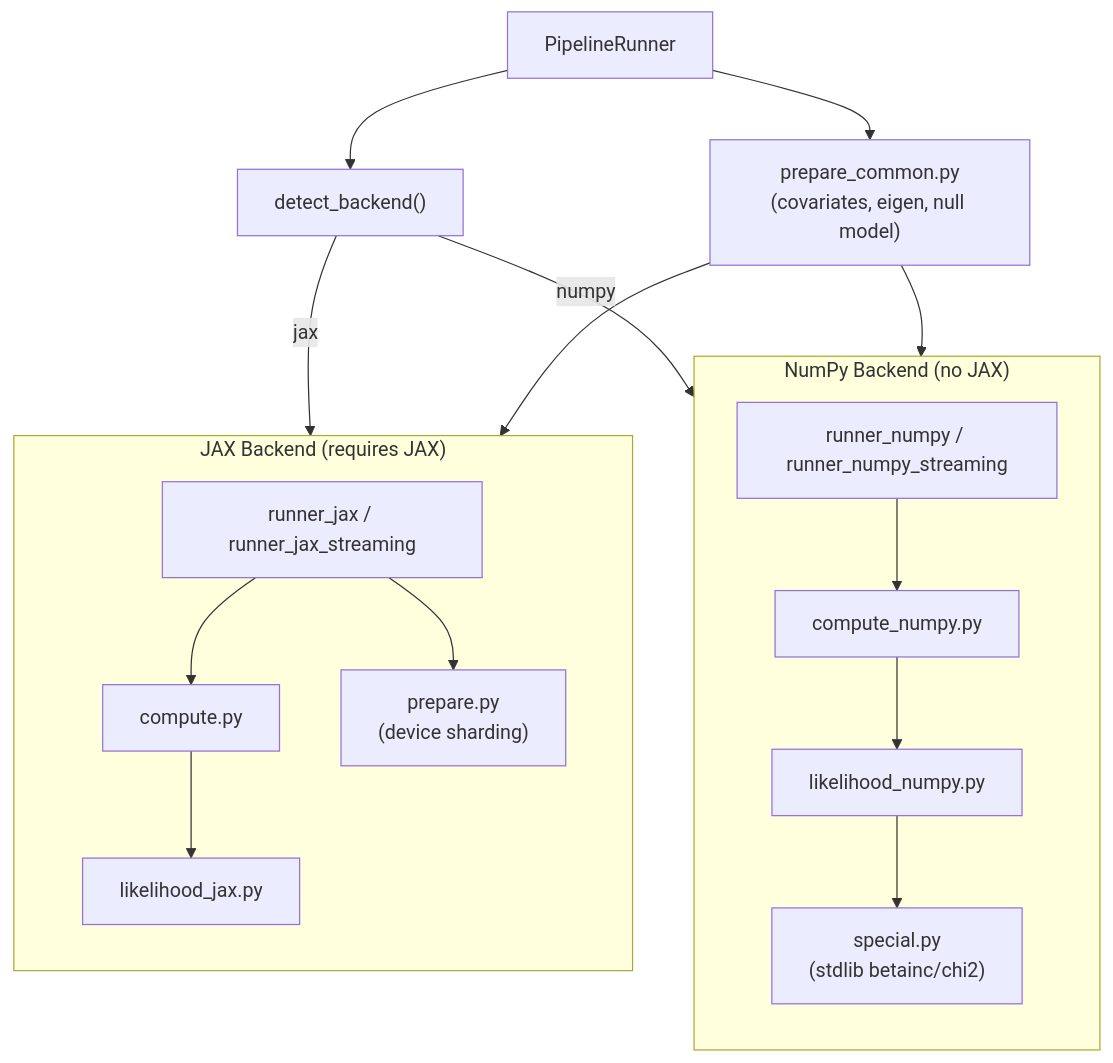
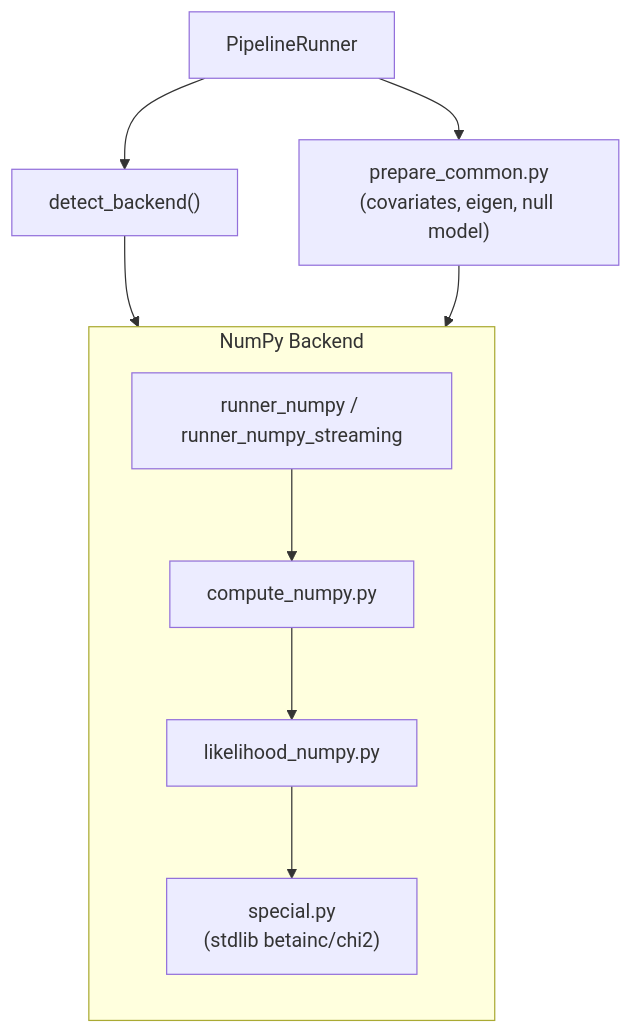
The fifth of 5 diagrams in docs/CODEMAP.md (michael-denyer/jamma), drawn with Mermaid before and after one commit. The commit also changed other lines of this file and 136 other files, not shown here.

First line of the commit message:
refactor: strip JAX and own-BLAS, simplify to NumPy-only architecture

````diff
--- a/docs/CODEMAP.md
+++ b/docs/CODEMAP.md
@@ -438,33 +381,21 @@
 ```mermaid
 flowchart TD
     PIPE["PipelineRunner"]
     DET["detect_backend()"]
     PREP["prepare_common.py<br>(covariates, eigen, null model)"]
 
-    subgraph JAX["JAX Backend (requires JAX)"]
-        direction TB
-        RJ["runner_jax / runner_jax_streaming"]
-        CJ["compute.py"]
-        LJ["likelihood_jax.py"]
-        PJ["prepare.py<br>(device sharding)"]
-    end
-
-    subgraph NP["NumPy Backend (no JAX)"]
+    subgraph NP["NumPy Backend"]
         direction TB
         RN["runner_numpy / runner_numpy_streaming"]
         CN["compute_numpy.py"]
         LN["likelihood_numpy.py"]
         SP["special.py<br>(stdlib betainc/chi2)"]
     end
 
     PIPE --> DET
-    DET -->|"jax"| JAX
-    DET -->|"numpy"| NP
+    DET --> NP
     PIPE --> PREP
-    PREP --> JAX
     PREP --> NP
-    RJ --> CJ --> LJ
-    RJ --> PJ
     RN --> CN --> LN
     LN --> SP
 ```
````
